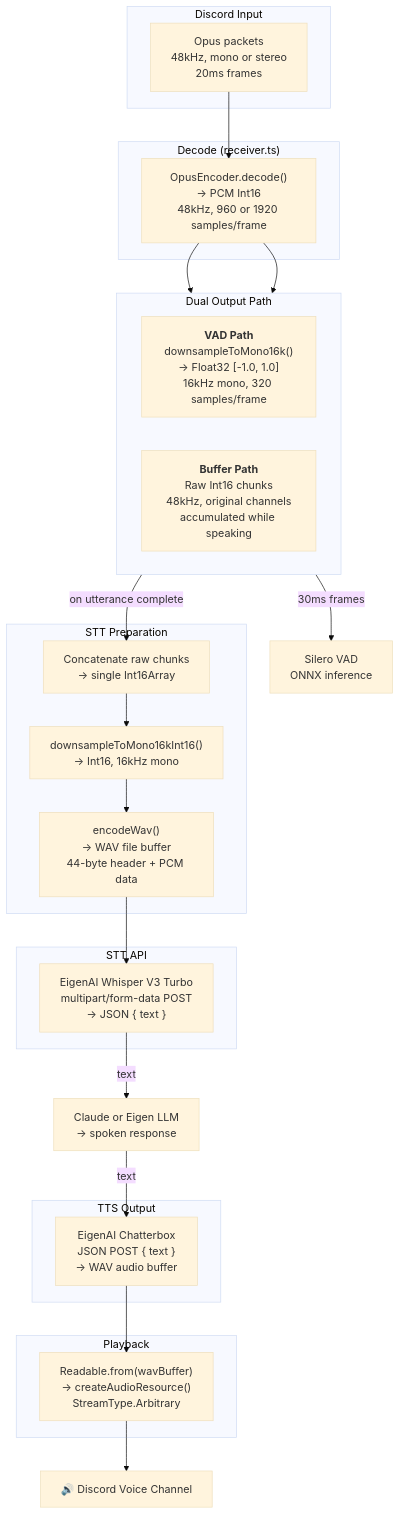
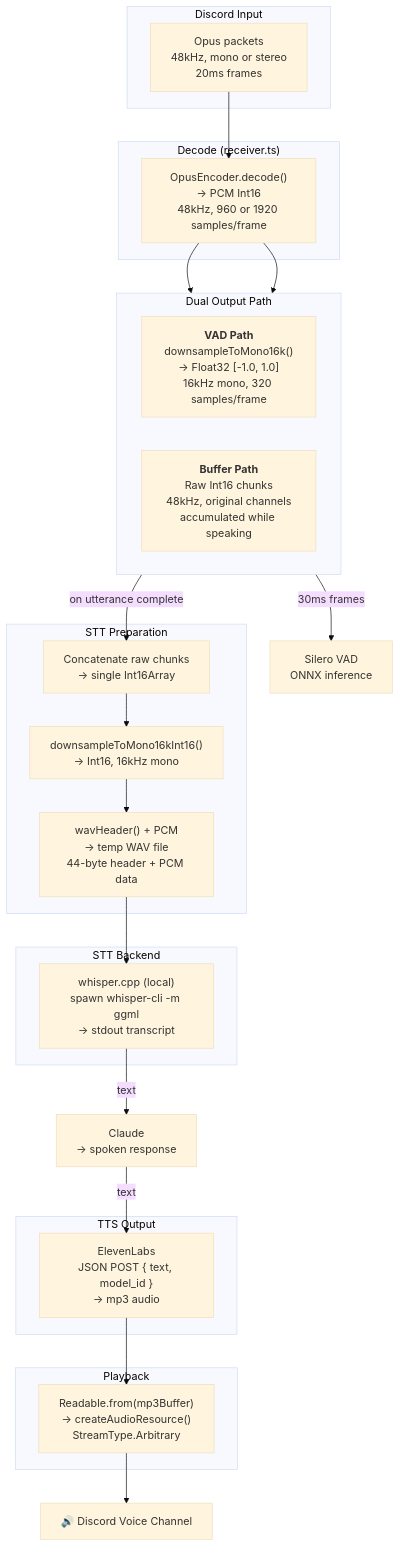
One commit to NaichuanZhang/disclaw changed the seventh of 10 diagrams in README.md. Above: the diagram before and after it, drawn with Mermaid (base theme). The commit also changed other lines of this file and 9 other files, not shown here.

Commit message:
feat(evolution): deprecate EigenAI entirely: local whisper.cpp for voice STT, ElevenLabs for voice TTS, drop the Eigen LLM backend (#148)

````diff
--- a/README.md
+++ b/README.md
@@ -716,46 +716,46 @@
 ```mermaid
 graph TD
     subgraph "Discord Input"
         I1["Opus packets<br/>48kHz, mono or stereo<br/>20ms frames"]
     end
 
     subgraph "Decode (receiver.ts)"
         D1["OpusEncoder.decode()<br/>→ PCM Int16<br/>48kHz, 960 or 1920 samples/frame"]
     end
 
     subgraph "Dual Output Path"
         direction LR
         P1["<b>VAD Path</b><br/>downsampleToMono16k()<br/>→ Float32 [-1.0, 1.0]<br/>16kHz mono, 320 samples/frame"]
         P2["<b>Buffer Path</b><br/>Raw Int16 chunks<br/>48kHz, original channels<br/>accumulated while speaking"]
     end
 
     subgraph "STT Preparation"
         S1["Concatenate raw chunks<br/>→ single Int16Array"]
         S2["downsampleToMono16kInt16()<br/>→ Int16, 16kHz mono"]
-        S3["encodeWav()<br/>→ WAV file buffer<br/>44-byte header + PCM data"]
+        S3["wavHeader() + PCM<br/>→ temp WAV file<br/>44-byte header + PCM data"]
     end
 
-    subgraph "STT API"
-        A1["EigenAI Whisper V3 Turbo<br/>multipart/form-data POST<br/>→ JSON { text }"]
+    subgraph "STT Backend"
+        A1["whisper.cpp (local)<br/>spawn whisper-cli -m ggml<br/>→ stdout transcript"]
     end
 
     subgraph "TTS Output"
-        T1["EigenAI Chatterbox<br/>JSON POST { text }<br/>→ WAV audio buffer"]
+        T1["ElevenLabs<br/>JSON POST { text, model_id }<br/>→ mp3 audio"]
     end
 
     subgraph "Playback"
-        PL1["Readable.from(wavBuffer)<br/>→ createAudioResource()<br/>StreamType.Arbitrary"]
+        PL1["Readable.from(mp3Buffer)<br/>→ createAudioResource()<br/>StreamType.Arbitrary"]
     end
 
     I1 --> D1
     D1 --> P1
     D1 --> P2
     P1 -->|"30ms frames"| VAD["Silero VAD<br/>ONNX inference"]
     P2 -->|"on utterance complete"| S1
     S1 --> S2 --> S3
     S3 --> A1
-    A1 -->|"text"| Claude["Claude or Eigen LLM<br/>→ spoken response"]
+    A1 -->|"text"| Claude["Claude<br/>→ spoken response"]
     Claude -->|"text"| T1
     T1 --> PL1
     PL1 --> Speaker["🔊 Discord Voice Channel"]
 ```
````
